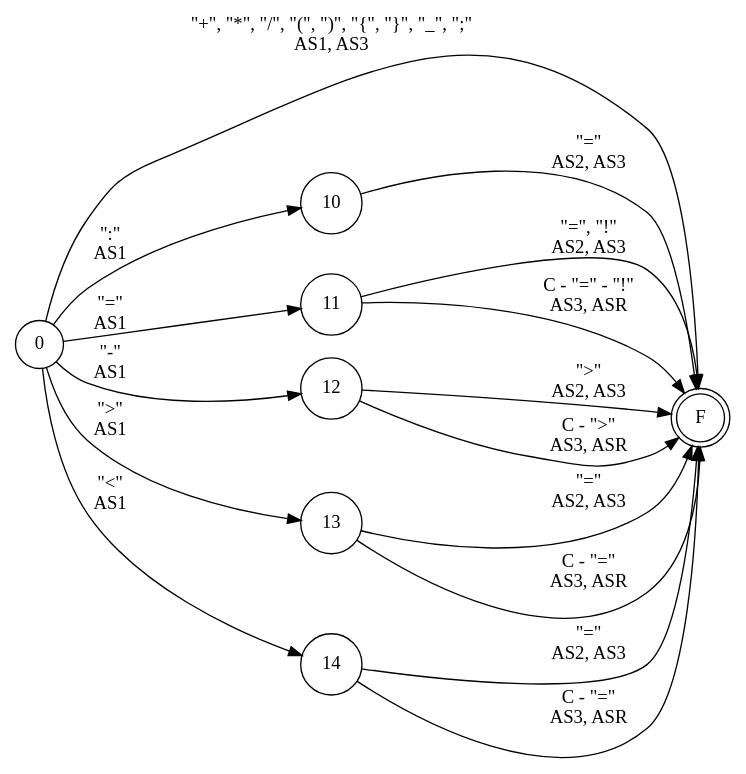
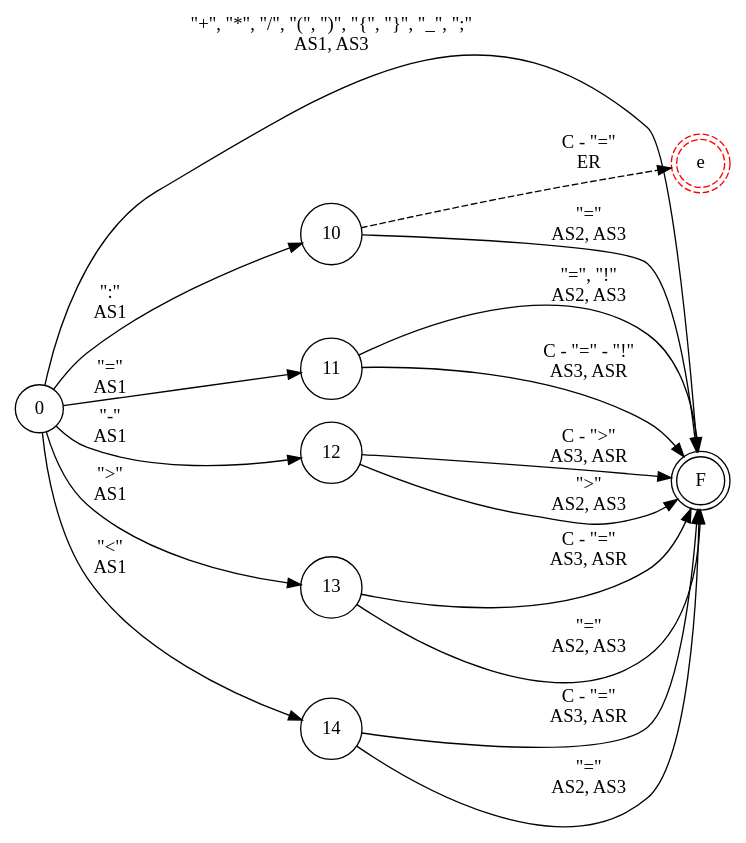
The diagram in resources/diagrams/errors/operators.dot (iroumec/RouVel-Compiler), drawn with Graphviz before and after one commit. The commit also changed 17 other files, not shown here.

```diff
--- a/resources/diagrams/errors/operators.dot
+++ b/resources/diagrams/errors/operators.dot
@@ -1,21 +1,23 @@
 digraph DFA {
     rankdir = LR;
     node [shape = circle;];
     F [shape = doublecircle;];
+    e [shape = doublecircle;style = dashed;color = red;];
     
     0 -> 10 [label = "\":\" \n AS1";];
+    0 -> 11 [label = "\"=\" \n AS1";];
+    0 -> 12 [label = "\"-\" \n AS1";];
+    0 -> 13 [label = "\">\" \n AS1";];
+    0 -> 14 [label = "\"<\" \n AS1";];
+    0 -> F [label = "\"+\", \"*\", \"/\", \"(\", \")\", \"{\", \"}\", \"_\", \";\" \n AS1, AS3";];
     10 -> F [label = "\"=\" \n AS2, AS3";];
-    0 -> 11 [label = "\"=\" \n AS1";];
+    10 -> e [label = "C - \"=\" \n ER"; style = dashed;];
     11 -> F [label = "\"=\", \"!\" \n AS2, AS3";];
     11 -> F [label = "C - \"=\" - \"!\" \n AS3, ASR";];
-    0 -> F [label = "\"+\", \"*\", \"/\", \"(\", \")\", \"{\", \"}\", \"_\", \";\" \n AS1, AS3";];
-    0 -> 12 [label = "\"-\" \n AS1";];
     12 -> F [label = "\">\" \n AS2, AS3";];
     12 -> F [label = "C - \">\" \n AS3, ASR";];
-    0 -> 13 [label = "\">\" \n AS1";];
     13 -> F [label = "\"=\" \n AS2, AS3";];
     13 -> F [label = "C - \"=\" \n AS3, ASR";];
-    0 -> 14 [label = "\"<\" \n AS1";];
     14 -> F [label = "\"=\" \n AS2, AS3";];
     14 -> F [label = "C - \"=\" \n AS3, ASR";];
 }
```
